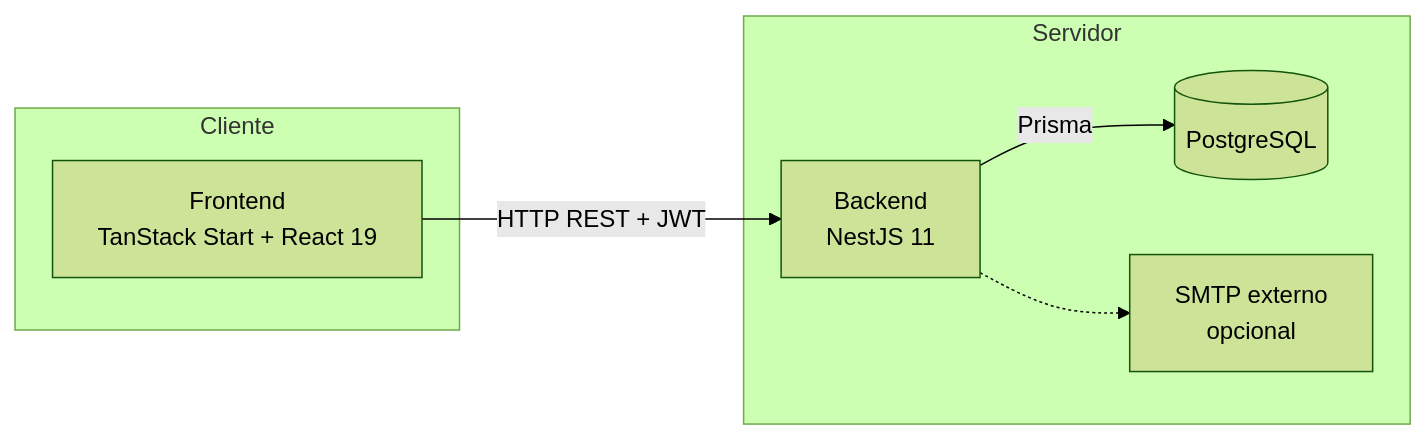
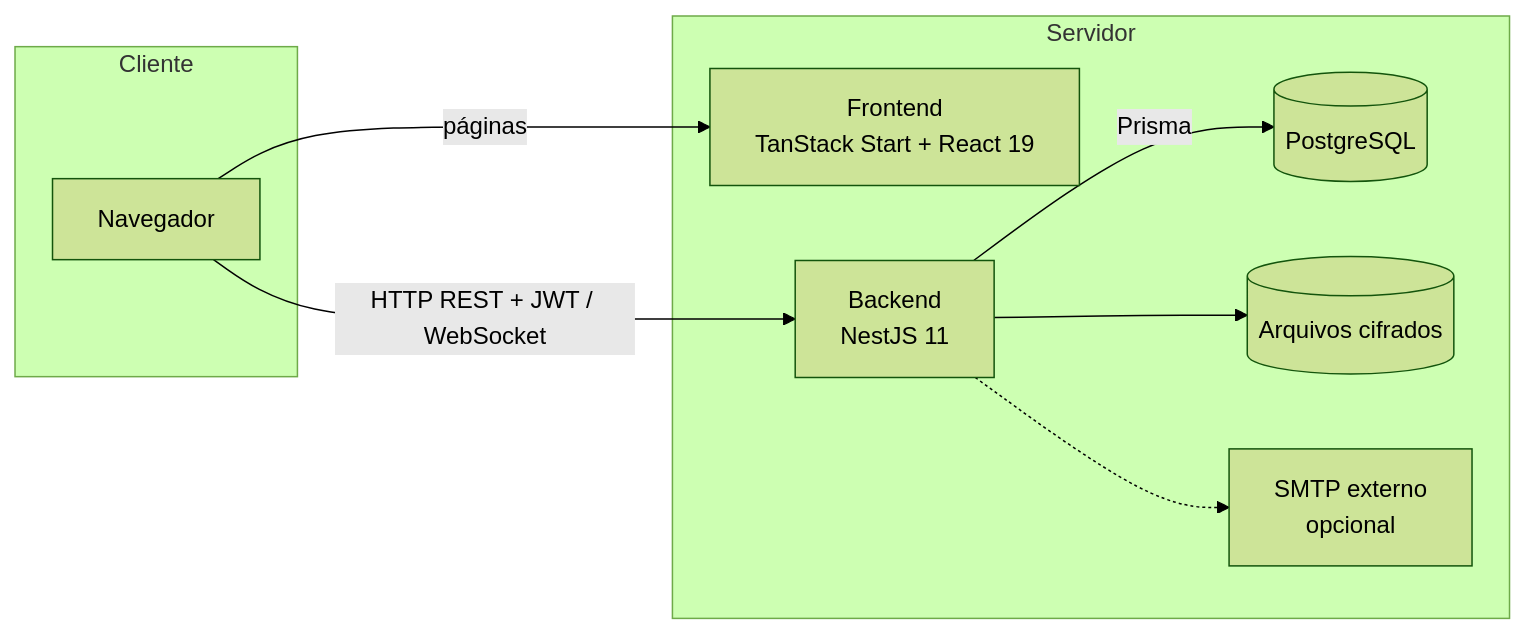
The first of 6 diagrams in docs/engineering/02-diagramas.md (bebberjoao/RoosterOneBackend), drawn with Mermaid (forest theme) before and after one commit. The commit also changed other lines of this file and 14 other files, not shown here.

````diff
--- a/docs/engineering/02-diagramas.md
+++ b/docs/engineering/02-diagramas.md
@@ -7,14 +10,18 @@
 ```mermaid
 flowchart LR
     subgraph Cliente
-        F[Frontend<br/>TanStack Start + React 19]
+        N[Navegador]
     end
     subgraph Servidor
+        F[Frontend<br/>TanStack Start + React 19]
         B[Backend<br/>NestJS 11]
         DB[(PostgreSQL)]
+        FS[(Arquivos cifrados)]
         M[SMTP externo<br/>opcional]
     end
-    F -- HTTP REST + JWT --> B
+    N -- páginas --> F
+    N -- HTTP REST + JWT / WebSocket --> B
     B -- Prisma --> DB
+    B --> FS
     B -.-> M
 ```
````
